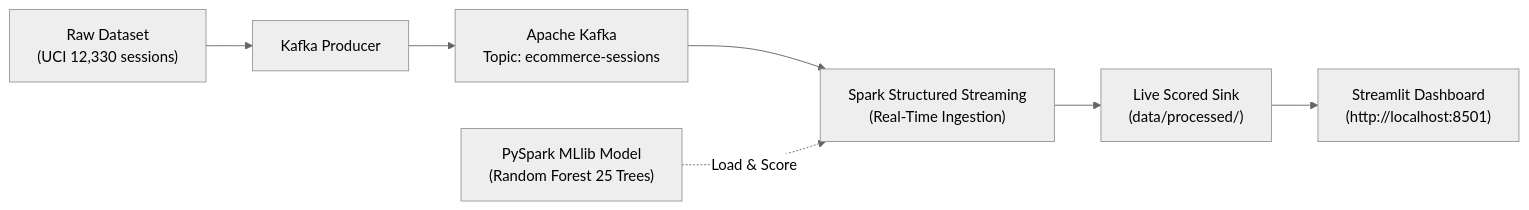
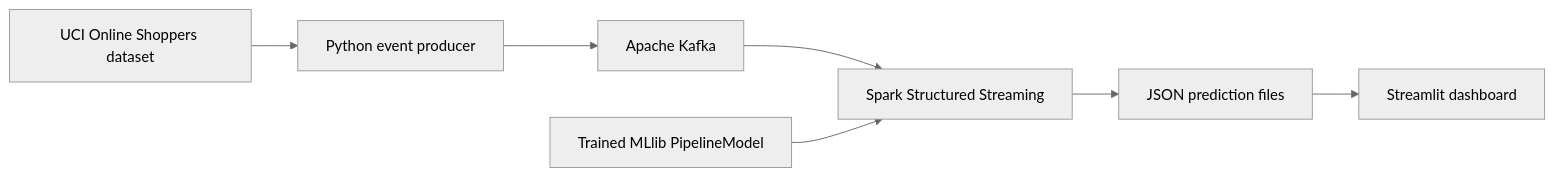
One commit to vivekkrs/Real-Time-E-Commerce-Analytics-Customer-Purchase-Prediction-Platform changed the diagram in README.md. Above: the diagram before and after it, drawn with Mermaid (neutral theme). The commit also changed other lines of this file and 13 other files, not shown here.

````diff
--- a/README.md
+++ b/README.md
@@ -9,9 +9,9 @@
 ```mermaid
 flowchart LR
-    A["Raw Dataset\n(UCI 12,330 sessions)"] --> B["Kafka Producer"]
-    B --> C["Apache Kafka\nTopic: ecommerce-sessions"]
-    C --> D["Spark Structured Streaming\n(Real-Time Ingestion)"]
-    E["PySpark MLlib Model\n(Random Forest 25 Trees)"] -.->|Load & Score| D
-    D --> F["Live Scored Sink\n(data/processed/)"]
-    F --> G["Streamlit Dashboard\n(http://localhost:8501)"]
+    A["UCI Online Shoppers dataset"] --> B["Python event producer"]
+    B --> C["Apache Kafka"]
+    C --> D["Spark Structured Streaming"]
+    E["Trained MLlib PipelineModel"] --> D
+    D --> F["JSON prediction files"]
+    F --> G["Streamlit dashboard"]
 ```
````
